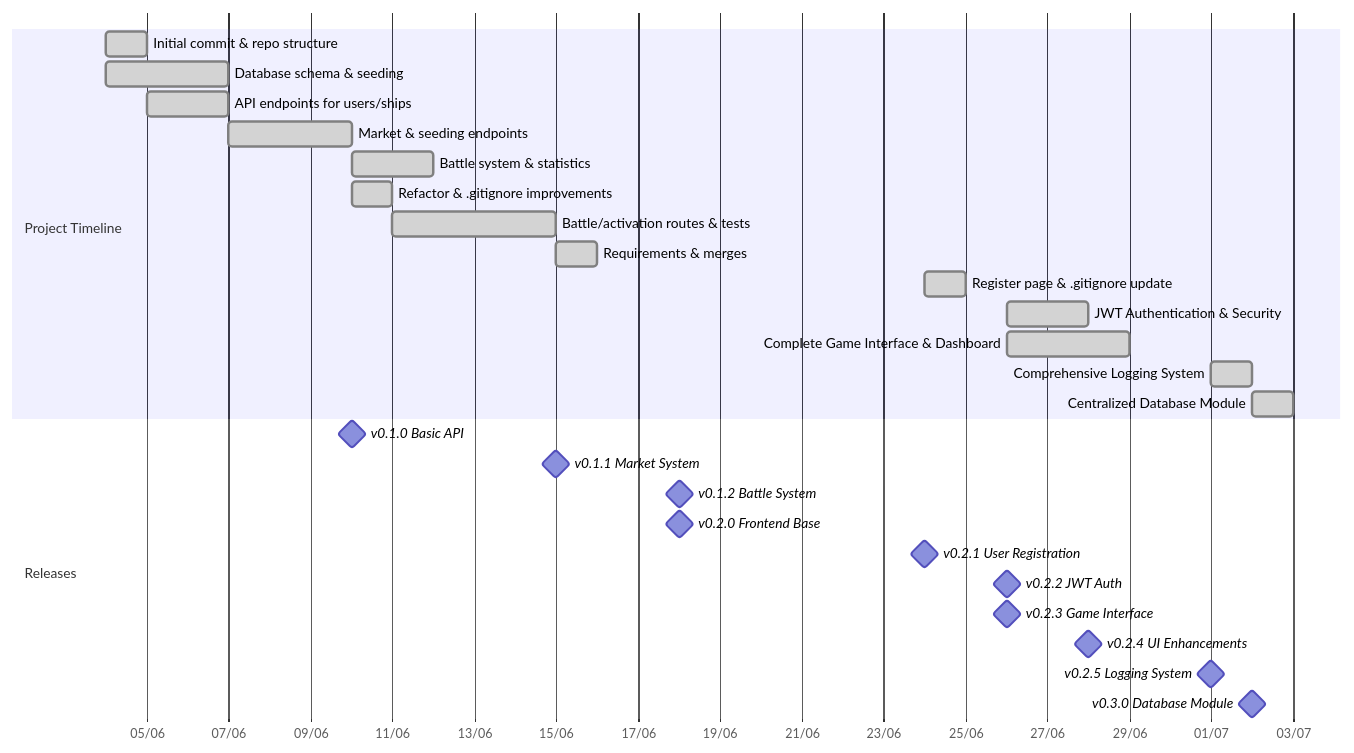
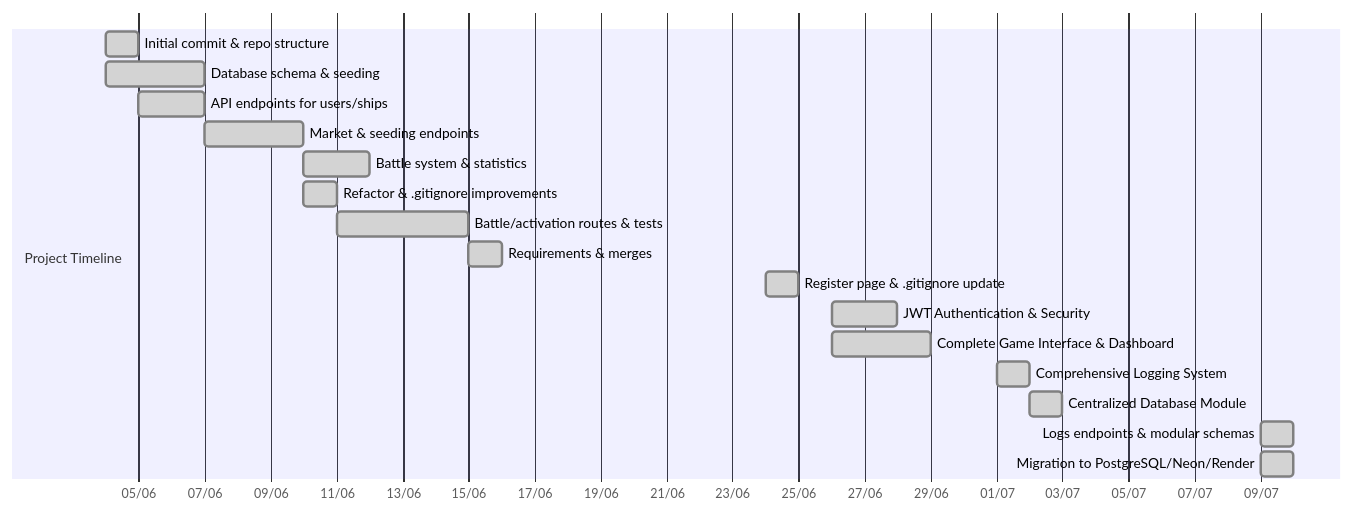
Before and after one commit to FilipePacheco73/Bellum-Astrum: the second of 2 diagrams in README.md, drawn with Mermaid. The commit also changed other lines of this file and 8 other files, not shown here.

Commit message:
feat: Migrate database from SQLite to PostgreSQL; update environment variable handling and improve health check tests

````diff
--- a/README.md
+++ b/README.md
@@ -395,31 +296,21 @@
 ```mermaid
 gantt
 dateFormat  YYYY-MM-DD
 axisFormat  %d/%m
 section Project Timeline
 Initial commit & repo structure        :done,    des1, 2025-06-04, 1d
 Database schema & seeding             :done,    des2, 2025-06-04, 3d
 API endpoints for users/ships         :done,    des3, 2025-06-05, 2d
 Market & seeding endpoints            :done,    des4, 2025-06-07, 3d
 Battle system & statistics            :done,    des5, 2025-06-10, 2d
 Refactor & .gitignore improvements    :done,    des6, 2025-06-10, 1d
 Battle/activation routes & tests      :done,    des7, 2025-06-11, 4d
 Requirements & merges                 :done,    des8, 2025-06-15, 1d
 Register page & .gitignore update     :done,    des9, 2025-06-24, 1d
 JWT Authentication & Security         :done,    des10, 2025-06-26, 2d
 Complete Game Interface & Dashboard   :done,    des11, 2025-06-26, 3d
 Comprehensive Logging System          :done,    des12, 2025-07-01, 1d
 Centralized Database Module           :done,    des13, 2025-07-02, 1d
-
-section Releases
-v0.1.0 Basic API        :milestone, m1, 2025-06-10, 0d
-v0.1.1 Market System    :milestone, m2, 2025-06-15, 0d
-v0.1.2 Battle System    :milestone, m3, 2025-06-18, 0d
-v0.2.0 Frontend Base    :milestone, m4, 2025-06-18, 0d
-v0.2.1 User Registration:milestone, m5, 2025-06-24, 0d
-v0.2.2 JWT Auth         :milestone, m6, 2025-06-26, 0d
-v0.2.3 Game Interface   :milestone, m7, 2025-06-26, 0d
-v0.2.4 UI Enhancements  :milestone, m8, 2025-06-28, 0d
-v0.2.5 Logging System   :milestone, m9, 2025-07-01, 0d
-v0.3.0 Database Module  :milestone, m10, 2025-07-02, 0d
+Logs endpoints & modular schemas      :done,    des14, 2025-07-09, 1d
+Migration to PostgreSQL/Neon/Render   :done,    des15, 2025-07-09, 1d
 ```
````
